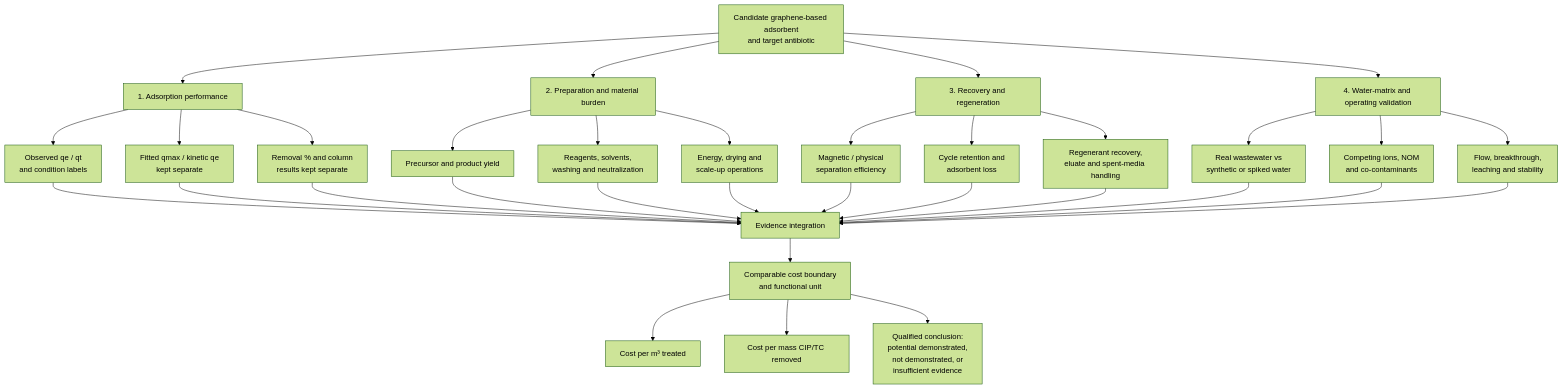
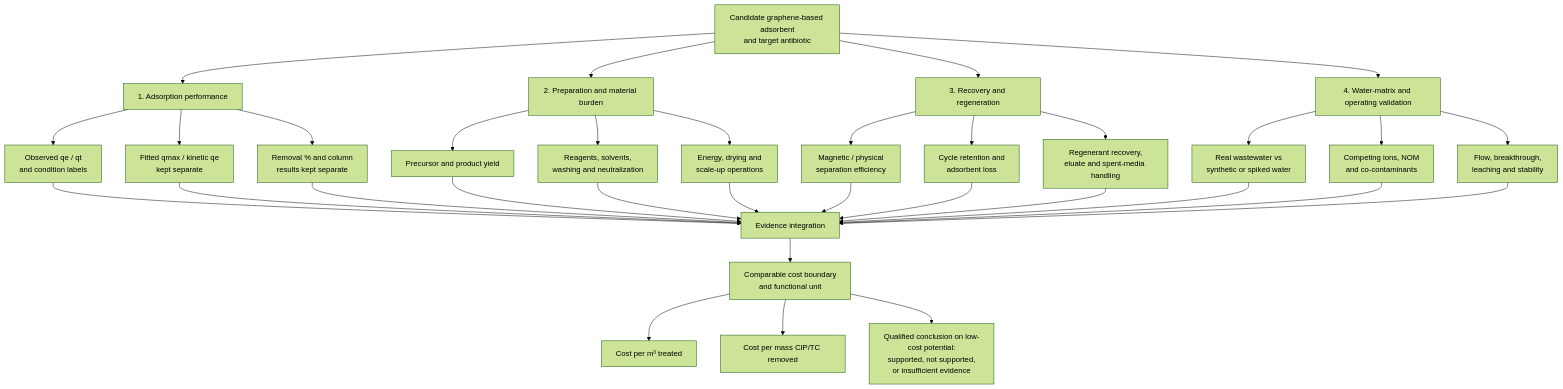
One commit to zaidkhan005/reviewAdsorbants changed the diagram in manuscript/SEMESTER_FIGURE_4_PERFORMANCE_PROCESS_RECOVERY_COST_FRAMEWORK_V1.md. Above: the diagram before and after it, drawn with Mermaid (forest theme).

Commit message:
Clarify qualified conclusion label in Figure 4

````diff
--- a/manuscript/SEMESTER_FIGURE_4_PERFORMANCE_PROCESS_RECOVERY_COST_FRAMEWORK_V1.md
+++ b/manuscript/SEMESTER_FIGURE_4_PERFORMANCE_PROCESS_RECOVERY_COST_FRAMEWORK_V1.md
@@ -5,41 +5,41 @@
 ```mermaid
 flowchart TB
     A["Candidate graphene-based adsorbent<br/>and target antibiotic"] --> B["1. Adsorption performance"]
     A --> C["2. Preparation and material burden"]
     A --> D["3. Recovery and regeneration"]
     A --> E["4. Water-matrix and operating validation"]
 
     B --> B1["Observed qe / qt<br/>and condition labels"]
     B --> B2["Fitted qmax / kinetic qe<br/>kept separate"]
     B --> B3["Removal % and column<br/>results kept separate"]
 
     C --> C1["Precursor and product yield"]
     C --> C2["Reagents, solvents,<br/>washing and neutralization"]
     C --> C3["Energy, drying and<br/>scale-up operations"]
 
     D --> D1["Magnetic / physical<br/>separation efficiency"]
     D --> D2["Cycle retention and<br/>adsorbent loss"]
     D --> D3["Regenerant recovery,<br/>eluate and spent-media handling"]
 
     E --> E1["Real wastewater vs<br/>synthetic or spiked water"]
     E --> E2["Competing ions, NOM<br/>and co-contaminants"]
     E --> E3["Flow, breakthrough,<br/>leaching and stability"]
 
     B1 --> F["Evidence integration"]
     B2 --> F
     B3 --> F
     C1 --> F
     C2 --> F
     C3 --> F
     D1 --> F
     D2 --> F
     D3 --> F
     E1 --> F
     E2 --> F
     E3 --> F
 
     F --> G["Comparable cost boundary<br/>and functional unit"]
     G --> G1["Cost per m³ treated"]
     G --> G2["Cost per mass CIP/TC removed"]
-    G --> H["Qualified conclusion:<br/>potential demonstrated,<br/>not demonstrated, or<br/>insufficient evidence"]
+    G --> H["Qualified conclusion on low-cost potential:<br/>supported, not supported,<br/>or insufficient evidence"]
 ```
````
